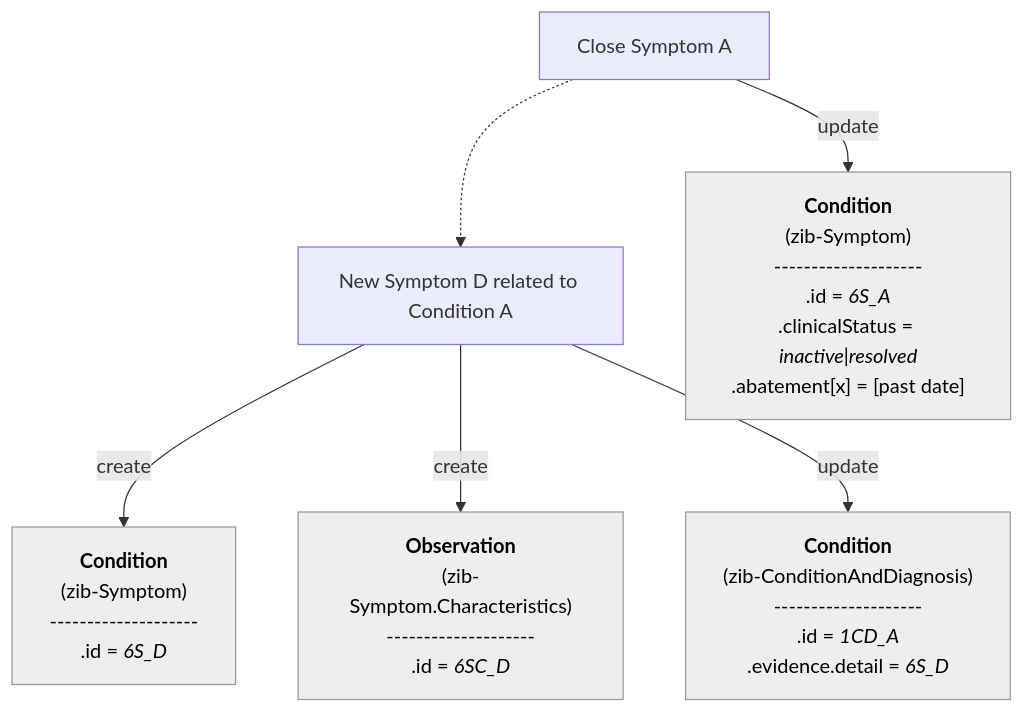
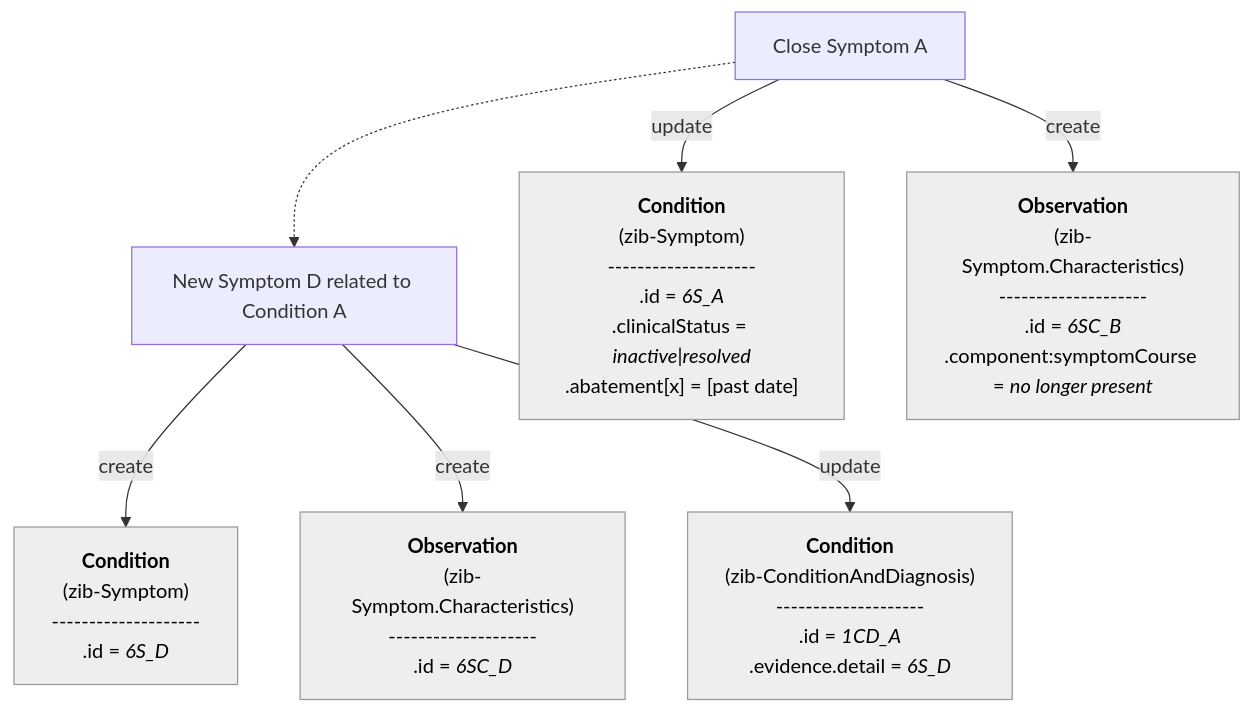
The eighth of 21 diagrams in documentation/Condition-Diagnosis-Symptom.md (Nictiz/Nictiz-R4-zib2024), drawn with Mermaid before and after one commit. The commit also changed other lines of this file, not shown here.

````diff
--- a/documentation/Condition-Diagnosis-Symptom.md
+++ b/documentation/Condition-Diagnosis-Symptom.md
@@ -281,41 +274,50 @@
 ```mermaid
 flowchart TB
 
 CloseSymptom_A["`Close Symptom A`"]
 NewSymptom_D["`New Symptom D related to Condition A`"]
 
 CloseSymptom_A -.-> NewSymptom_D
 
     S_A["`**Condition**
         (zib-Symptom)
         --------------------
         .id = _6S_A_
         .clinicalStatus = _inactive_|_resolved_
         .abatement[x] = [past date]`"]    
+
+    SC_B["`**Observation**
+        (zib-Symptom.Characteristics)
+        --------------------
+        .id = _6SC_B_
+        .component:symptomCourse = _no longer present_
+        `"]        
 
     CD_A["`**Condition**
         (zib-ConditionAndDiagnosis)
         --------------------
         .id = _1CD_A_
         .evidence.detail = _6S_D_`"] 
 
     S_D["`**Condition**
         (zib-Symptom)
         --------------------
         .id = _6S_D_`"]
     SC_D["`**Observation**
         (zib-Symptom.Characteristics)
         --------------------
         .id = _6SC_D_`"]    
 
     S_A:::Ash
+    SC_B:::Ash
     CD_A:::Ash
     S_D:::Ash
     SC_D:::Ash
     classDef Ash stroke-width:1px, stroke-dasharray:none, stroke:#999999, fill:#EEEEEE, color:#000000
 
 CloseSymptom_A -- update --> S_A
+CloseSymptom_A -- create --> SC_B
 NewSymptom_D -- create --> S_D
 NewSymptom_D -- create --> SC_D
 NewSymptom_D -- update --> CD_A
 ```
````
